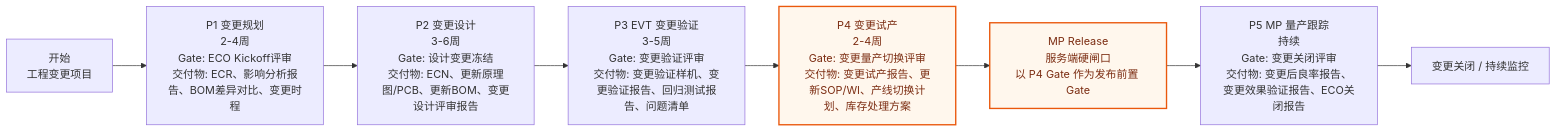
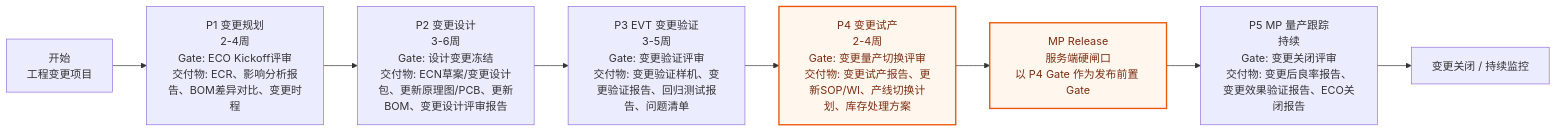
One commit to RealHanweiHu/ce-project-hub changed the fourth of 7 diagrams in docs/design/current-sop-flowcharts.md. Above: the diagram before and after it, drawn with Mermaid. The commit also changed other lines of this file and 3 other files, not shown here.

````diff
--- a/docs/design/current-sop-flowcharts.md
+++ b/docs/design/current-sop-flowcharts.md
@@ -98,13 +98,13 @@
 ```mermaid
 flowchart LR
   E0["开始<br/>工程变更项目"] --> E1["P1 变更规划<br/>2-4周<br/>Gate: ECO Kickoff评审<br/>交付物: ECR、影响分析报告、BOM差异对比、变更时程"]
-  E1 --> E2["P2 变更设计<br/>3-6周<br/>Gate: 设计变更冻结<br/>交付物: ECN、更新原理图/PCB、更新BOM、变更设计评审报告"]
+  E1 --> E2["P2 变更设计<br/>3-6周<br/>Gate: 设计变更冻结<br/>交付物: ECN草案/变更设计包、更新原理图/PCB、更新BOM、变更设计评审报告"]
   E2 --> E3["P3 EVT 变更验证<br/>3-5周<br/>Gate: 变更验证评审<br/>交付物: 变更验证样机、变更验证报告、回归测试报告、问题清单"]
   E3 --> E4["P4 变更试产<br/>2-4周<br/>Gate: 变更量产切换评审<br/>交付物: 变更试产报告、更新SOP/WI、产线切换计划、库存处理方案"]
   E4 --> ERelease["MP Release<br/>服务端硬闸口<br/>以 P4 Gate 作为发布前置 Gate"]
   ERelease --> E5["P5 MP 量产跟踪<br/>持续<br/>Gate: 变更关闭评审<br/>交付物: 变更后良率报告、变更效果验证报告、ECO关闭报告"]
   E5 --> EEnd["变更关闭 / 持续监控"]
 
   classDef release fill:#fff7ed,stroke:#ea580c,color:#7c2d12,stroke-width:2px;
   class E4,ERelease release;
 ```
````
